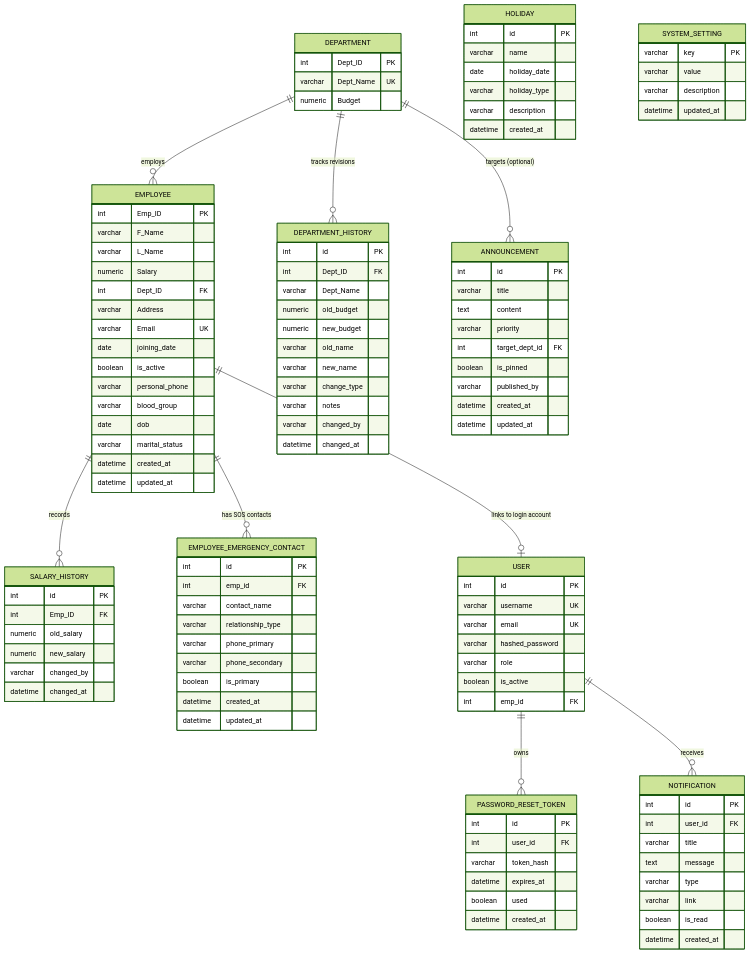
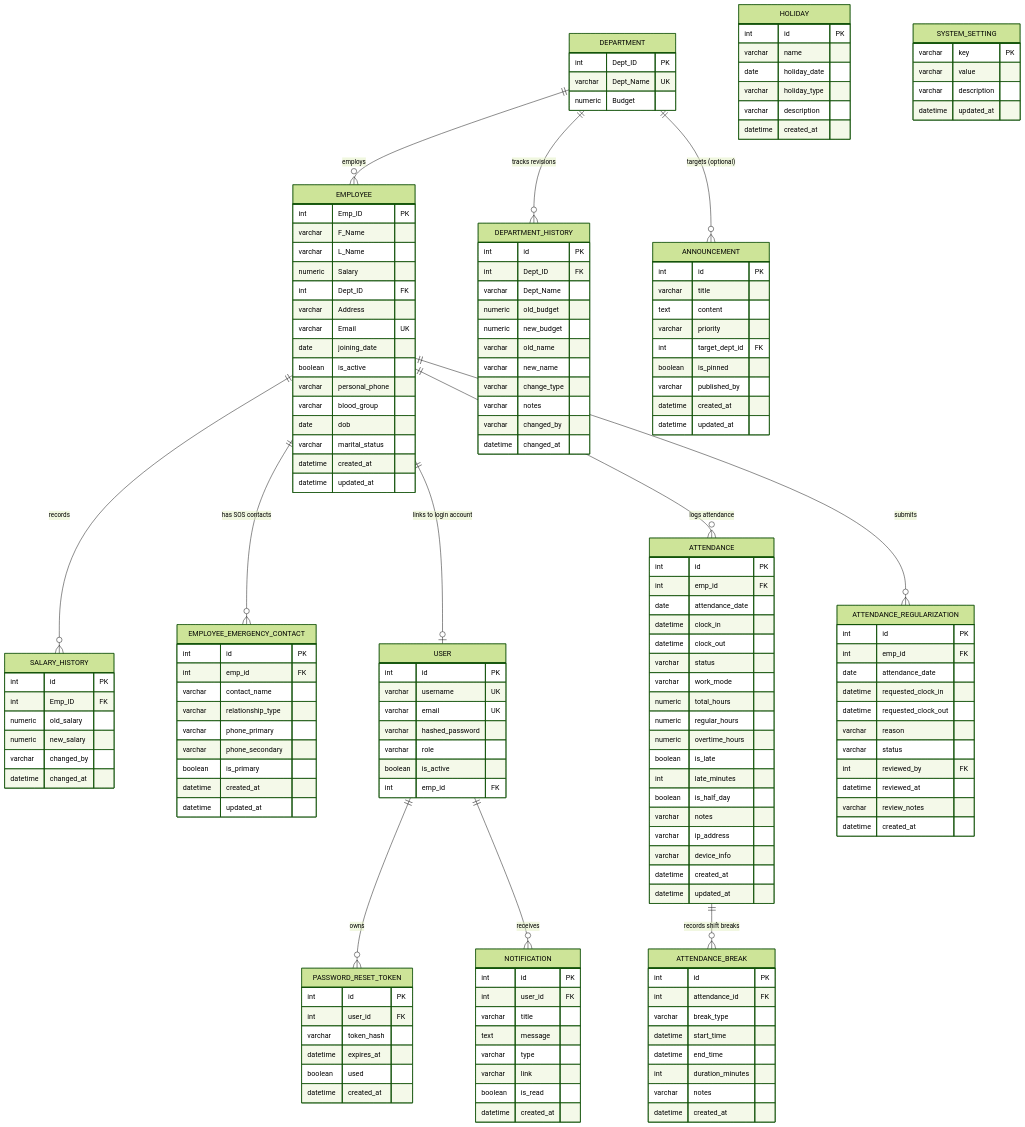
The diagram in docs/Database.md (ShadowV3N0M/Employee_API), drawn with Mermaid (forest theme) before and after one commit. The commit also changed other lines of this file and 9 other files, not shown here.

````diff
--- a/docs/Database.md
+++ b/docs/Database.md
@@ -17,6 +17,9 @@
     EMPLOYEE ||--o{ SALARY_HISTORY : "records"
     EMPLOYEE ||--o{ EMPLOYEE_EMERGENCY_CONTACT : "has SOS contacts"
     EMPLOYEE ||--o| USER : "links to login account"
+    EMPLOYEE ||--o{ ATTENDANCE : "logs attendance"
+    ATTENDANCE ||--o{ ATTENDANCE_BREAK : "records shift breaks"
+    EMPLOYEE ||--o{ ATTENDANCE_REGULARIZATION : "submits"
     USER ||--o{ PASSWORD_RESET_TOKEN : "owns"
     USER ||--o{ NOTIFICATION : "receives"
 
@@ -136,4 +139,50 @@
         varchar description
         datetime updated_at
     }
+
+    ATTENDANCE {
+        int id PK
+        int emp_id FK
+        date attendance_date
+        datetime clock_in
+        datetime clock_out
+        varchar status
+        varchar work_mode
+        numeric total_hours
+        numeric regular_hours
+        numeric overtime_hours
+        boolean is_late
+        int late_minutes
+        boolean is_half_day
+        varchar notes
+        varchar ip_address
+        varchar device_info
+        datetime created_at
+        datetime updated_at
+    }
+
+    ATTENDANCE_BREAK {
+        int id PK
+        int attendance_id FK
+        varchar break_type
+        datetime start_time
+        datetime end_time
+        int duration_minutes
+        varchar notes
+        datetime created_at
+    }
+
+    ATTENDANCE_REGULARIZATION {
+        int id PK
+        int emp_id FK
+        date attendance_date
+        datetime requested_clock_in
+        datetime requested_clock_out
+        varchar reason
+        varchar status
+        int reviewed_by FK
+        datetime reviewed_at
+        varchar review_notes
+        datetime created_at
+    }
 ```
````
